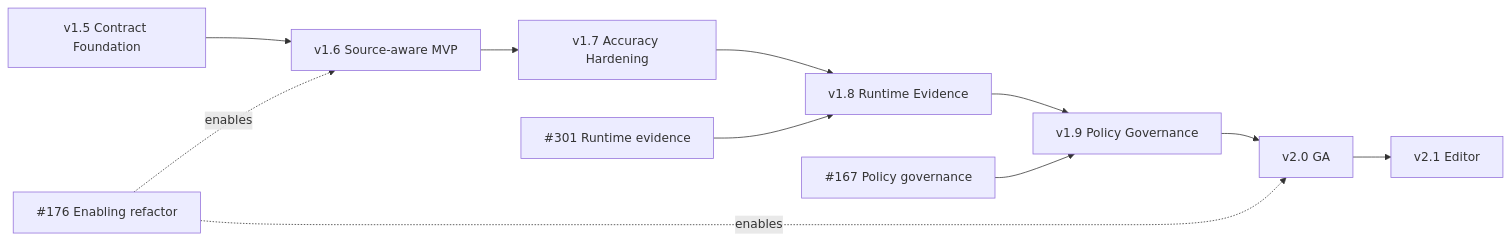
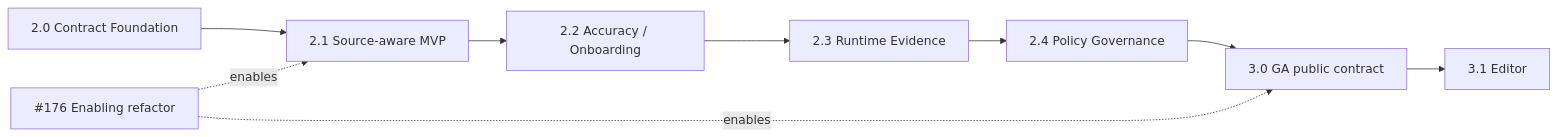
One commit to albert-einshutoin/cdn-security-framework changed the diagram in docs/ROADMAP.ja.md. Above: the diagram before and after it, drawn with Mermaid. The commit also changed other lines of this file and 8 other files, not shown here.

Commit message:
docs: synchronize schema 2 release status and canonical roadmap (#170)

````diff
--- a/docs/ROADMAP.ja.md
+++ b/docs/ROADMAP.ja.md
@@ -63,13 +63,11 @@
 ```mermaid
 flowchart LR
-  V150["v1.5 Contract Foundation"] --> V160["v1.6 Source-aware MVP"]
-  V160 --> V170["v1.7 Accuracy Hardening"]
-  V170 --> V180["v1.8 Runtime Evidence"]
-  V180 --> V190["v1.9 Policy Governance"]
-  V190 --> V200["v2.0 GA"]
-  V200 --> V210["v2.1 Editor"]
-  R["#176 Enabling refactor"] -. enables .-> V160
-  R -. enables .-> V200
-  P["#167 Policy governance"] --> V190
-  E["#301 Runtime evidence"] --> V180
+  CF["2.0 Contract Foundation"] --> SA["2.1 Source-aware MVP"]
+  SA --> ACC["2.2 Accuracy / Onboarding"]
+  ACC --> RT["2.3 Runtime Evidence"]
+  RT --> GOV["2.4 Policy Governance"]
+  GOV --> GA["3.0 GA public contract"]
+  GA --> ED["3.1 Editor"]
+  REF["#176 Enabling refactor"] -. enables .-> SA
+  REF -. enables .-> GA
 ```
````
